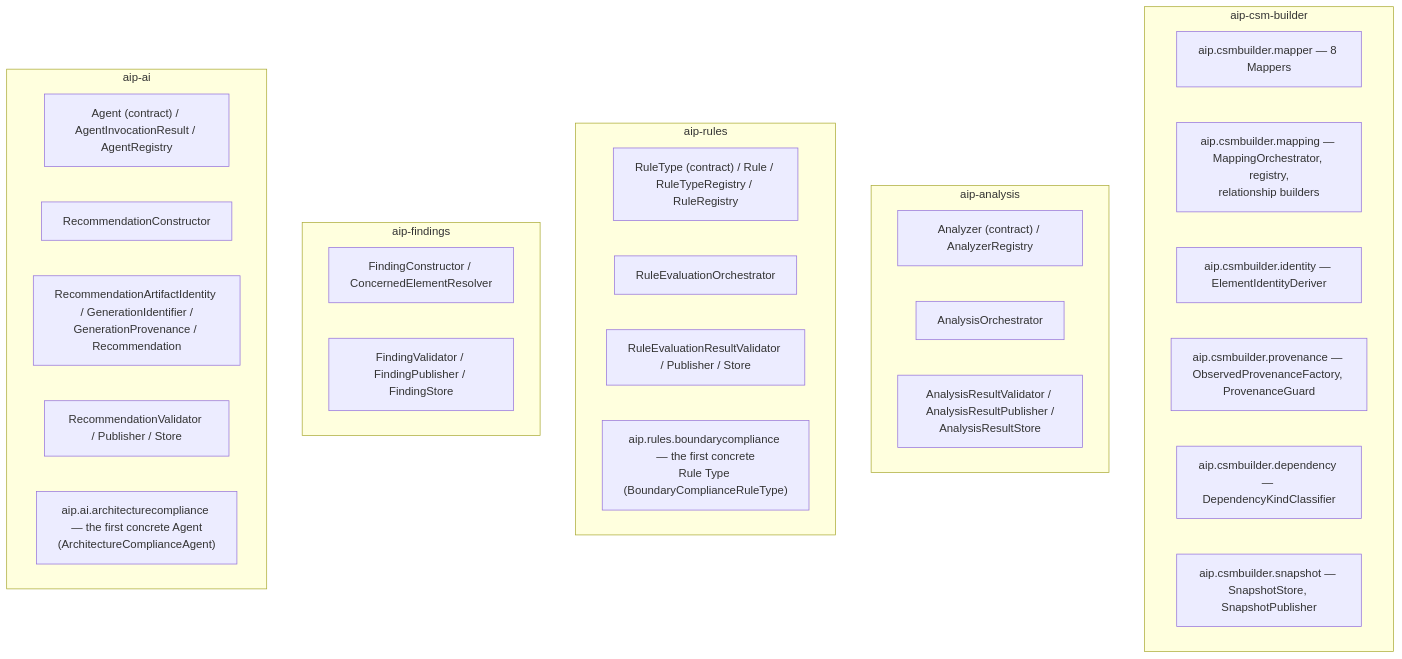
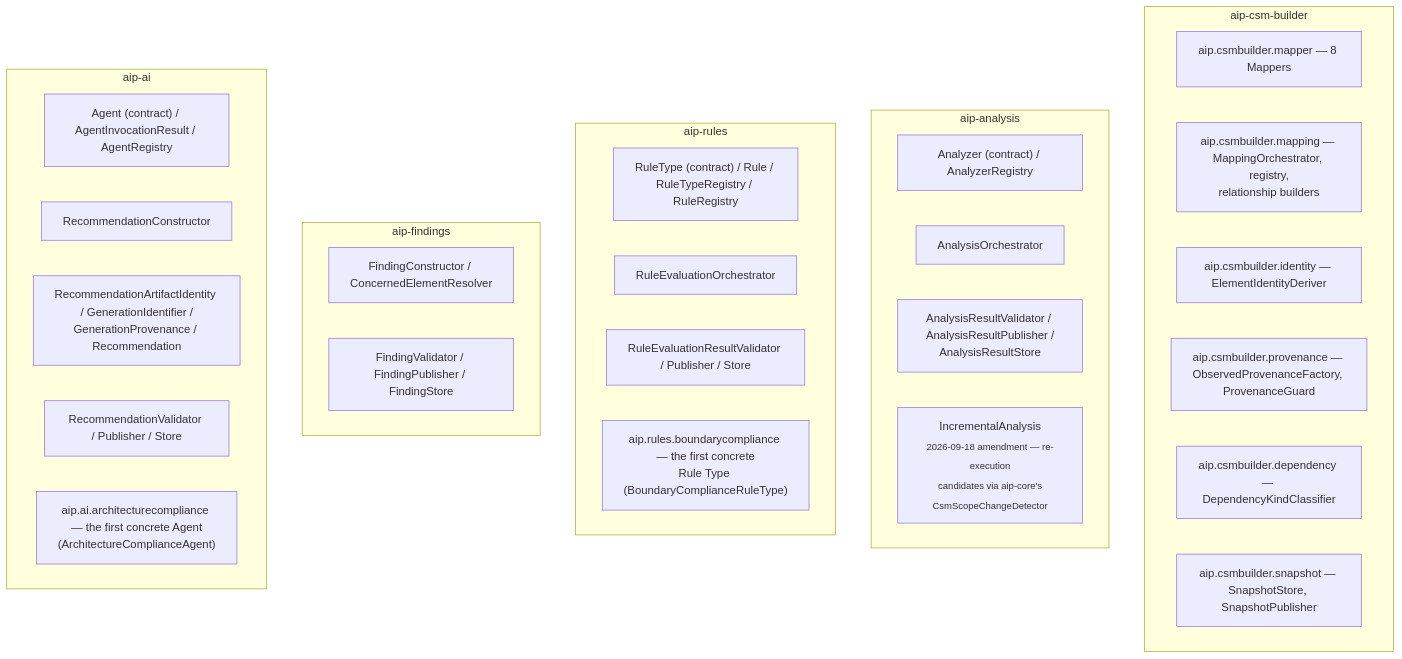
The fourth of 9 diagrams in docs/architecture.md (psrs12/aip), drawn with Mermaid before and after one commit. The commit also changed other lines of this file and 10 other files, not shown here.

````diff
--- a/docs/architecture.md
+++ b/docs/architecture.md
@@ -177,33 +186,34 @@
 ```mermaid
 graph TD
     subgraph csmbuilder["aip-csm-builder"]
         cb1["aip.csmbuilder.mapper — 8 Mappers"]
         cb2["aip.csmbuilder.mapping — MappingOrchestrator, registry,<br/>relationship builders"]
         cb3["aip.csmbuilder.identity — ElementIdentityDeriver"]
         cb4["aip.csmbuilder.provenance — ObservedProvenanceFactory, ProvenanceGuard"]
         cb5["aip.csmbuilder.dependency — DependencyKindClassifier"]
         cb6["aip.csmbuilder.snapshot — SnapshotStore, SnapshotPublisher"]
     end
     subgraph analysis["aip-analysis"]
         a1["Analyzer (contract) / AnalyzerRegistry"]
         a2["AnalysisOrchestrator"]
         a3["AnalysisResultValidator / AnalysisResultPublisher /<br/>AnalysisResultStore"]
+        a4["IncrementalAnalysis<br/><sub>2026-09-18 amendment — re-execution<br/>candidates via aip-core's<br/>CsmScopeChangeDetector</sub>"]
     end
     subgraph rules["aip-rules"]
         r1["RuleType (contract) / Rule / RuleTypeRegistry / RuleRegistry"]
         r2["RuleEvaluationOrchestrator"]
         r3["RuleEvaluationResultValidator / Publisher / Store"]
         r4["aip.rules.boundarycompliance — the first concrete<br/>Rule Type (BoundaryComplianceRuleType)"]
     end
     subgraph findings["aip-findings"]
         f1["FindingConstructor / ConcernedElementResolver"]
         f2["FindingValidator / FindingPublisher / FindingStore"]
     end
     subgraph ai["aip-ai"]
         i1["Agent (contract) / AgentInvocationResult / AgentRegistry"]
         i2["RecommendationConstructor"]
         i3["RecommendationArtifactIdentity / GenerationIdentifier /<br/>GenerationProvenance / Recommendation"]
         i4["RecommendationValidator / Publisher / Store"]
         i5["aip.ai.architecturecompliance — the first concrete Agent<br/>(ArchitectureComplianceAgent)"]
     end
 ```
````
